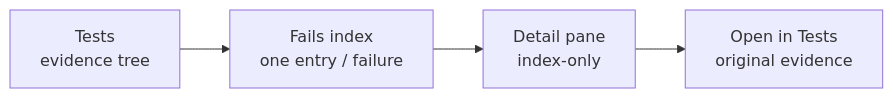
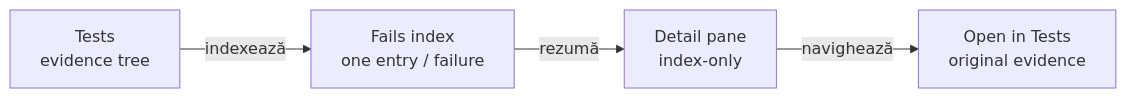
The fifth of 9 diagrams in docs/ATF_Reporting_Contract.md (crististefanita/demo2), drawn with Mermaid before and after one commit. The commit also changed other lines of this file and 52 other files, not shown here.

````diff
--- a/docs/ATF_Reporting_Contract.md
+++ b/docs/ATF_Reporting_Contract.md
@@ -275,6 +275,6 @@
 ```mermaid
 flowchart LR
-    Tests["Tests<br/>evidence tree"] --> Fails["Fails index<br/>one entry / failure"]
-    Fails --> Detail["Detail pane<br/>index-only"]
-    Detail --> Open["Open in Tests<br/>original evidence"]
+    Tests["Tests<br/>evidence tree"] -->|indexează| Fails["Fails index<br/>one entry / failure"]
+    Fails -->|rezumă| Detail["Detail pane<br/>index-only"]
+    Detail -->|navighează| Open["Open in Tests<br/>original evidence"]
 ```
````
